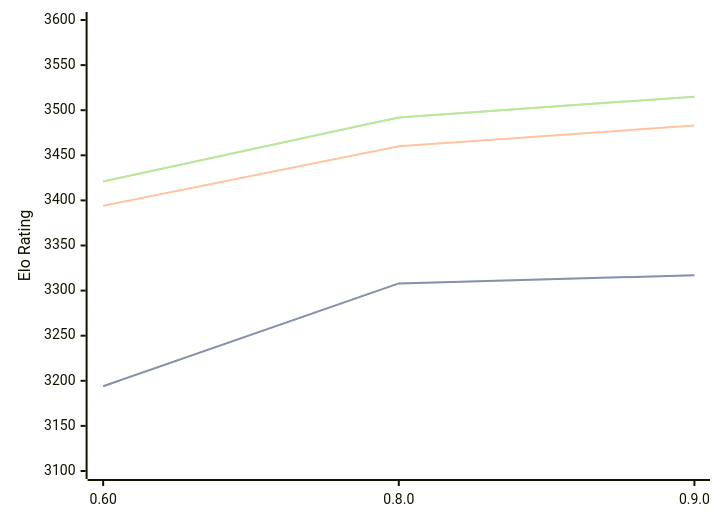
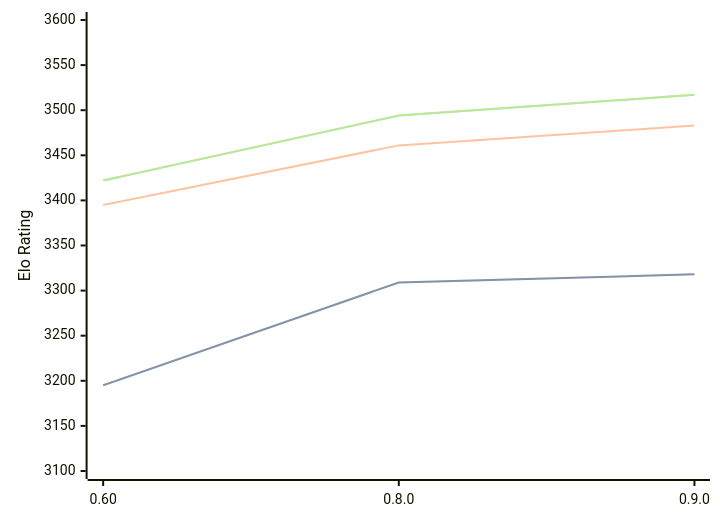
Before and after one commit to computer-chess-index/cci: the third of 3 diagrams in engines/Motor.md, drawn with Mermaid. The commit also changed other lines of this file, not shown here.

Commit message:
Update CCI Ratings (ELO VLTC) - 2026-06-22

````diff
--- a/engines/Motor.md
+++ b/engines/Motor.md
@@ -72,11 +72,11 @@
 ```mermaid
 %%{init: {"theme":"base","themeVariables":{"seriesColors:['#a3a3a3','#222221','#faa371']}}}%%
 xychart-beta
   x-axis ["0.60", "0.8.0", "0.9.0"]
   y-axis "Elo Rating" 3100 --> 3600
-  line "STC (8.0+0.08s)" [3194, 3308, 3317]
-  line "STC (8.0+0.08s)" [3194, 3308, 3317]
-  line "LTC (60.0+0.60s)" [3394, 3460, 3483]
-  line "VLTC (2m24s+1.12s)" [3421, 3492, 3515]
-  line "VLTC (2m24s+1.12s)" [3421, 3492, 3515]
+  line "STC (8.0+0.08s)" [3195, 3309, 3318]
+  line "STC (8.0+0.08s)" [3195, 3309, 3318]
+  line "LTC (60.0+0.60s)" [3395, 3461, 3483]
+  line "VLTC (2m24s+1.12s)" [3422, 3494, 3517]
+  line "VLTC (2m24s+1.12s)" [3422, 3494, 3517]
 ```
````
